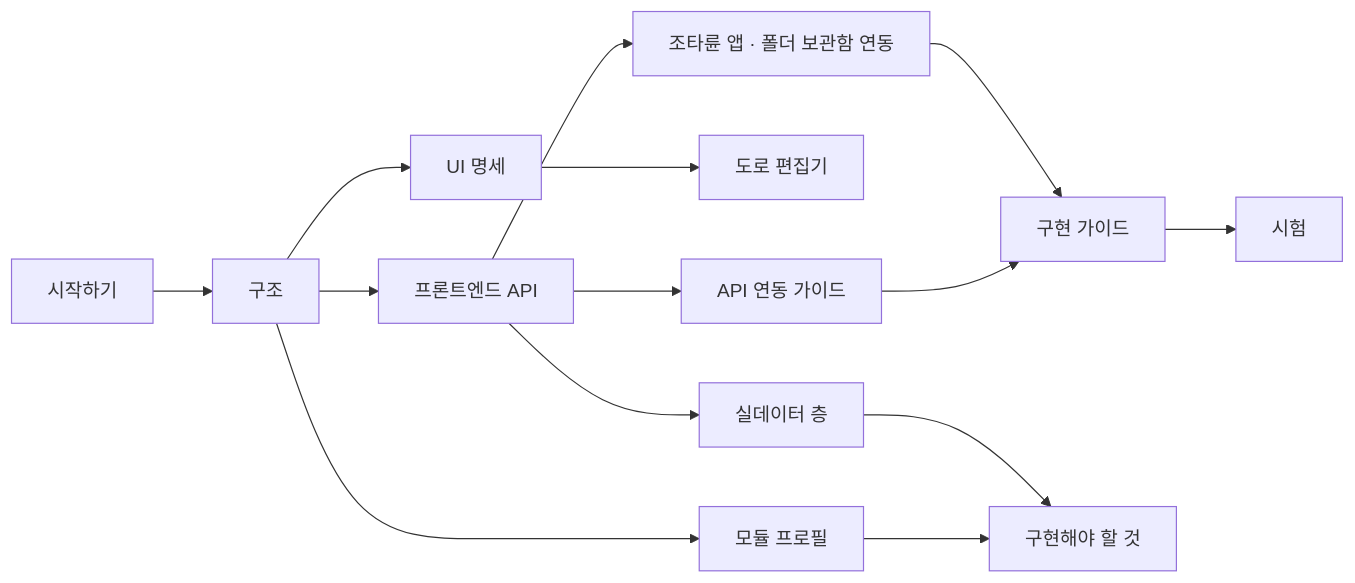
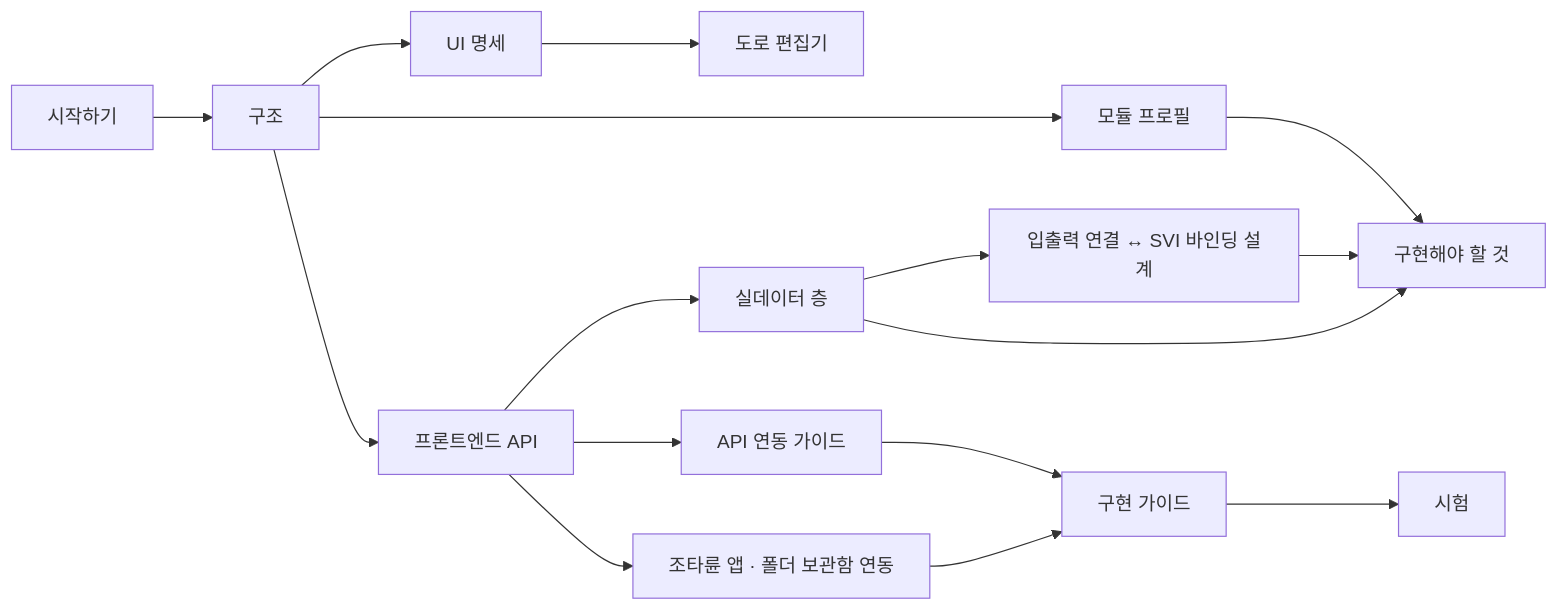
One commit to StellaxiaLab/modules changed the diagram in common/lab.stellaxia.node-gui/web/docs/README.md. Above: the diagram before and after it, drawn with Mermaid. The commit also changed other lines of this file and 5 other files, not shown here.

First line of the commit message:
docs(node-gui): 입출력 연결 ↔ SVI 바인딩 · 허가 설계 (MD-1)

````diff
--- a/common/lab.stellaxia.node-gui/web/docs/README.md
+++ b/common/lab.stellaxia.node-gui/web/docs/README.md
@@ -44,14 +45,16 @@
 ```mermaid
 flowchart LR
   A["시작하기"] --> B["구조"] --> C["UI 명세"]
   B --> MP["모듈 프로필"]
   C --> RE["도로 편집기"]
   B --> D["프론트엔드 API"] --> E["조타륜 앱 · 폴더 보관함 연동"]
   D --> R["실데이터 층"]
   D --> F["API 연동 가이드"]
   E --> G["구현 가이드"]
   F --> G
   R --> BL["구현해야 할 것"]
+  R --> IO["입출력 연결 ↔ SVI 바인딩 설계"]
+  IO --> BL
   MP --> BL
   G --> H["시험"]
 ```
````
